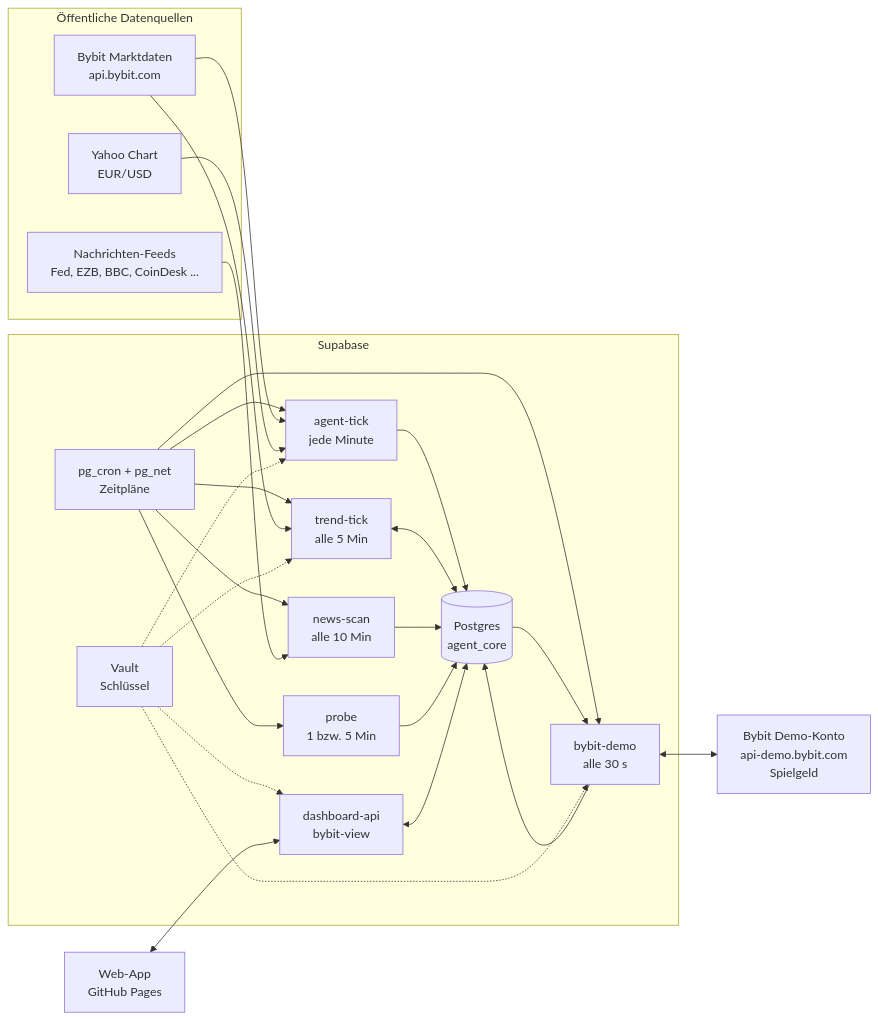
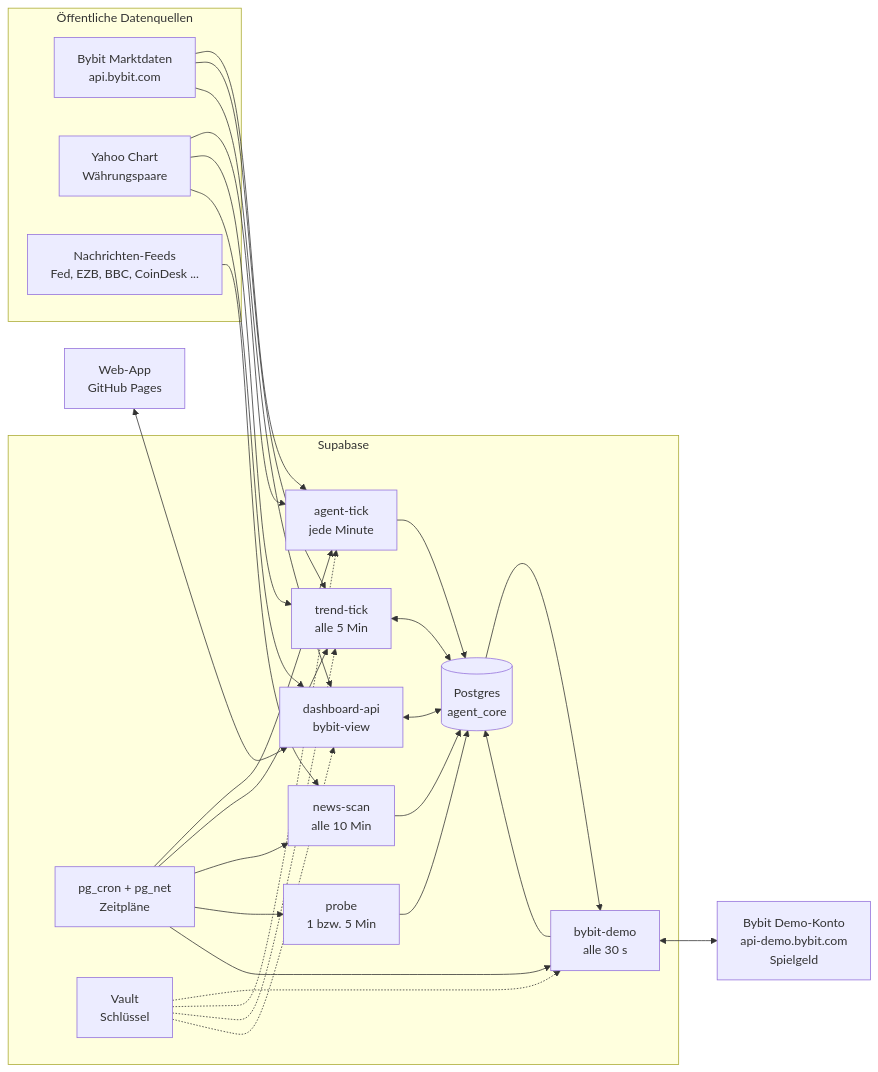
One commit to russki741/Ki-Projekte changed the diagram in trading-agent/docs/ARCHITEKTUR.md. Above: the diagram before and after it, drawn with Mermaid. The commit also changed other lines of this file and 16 other files, not shown here.

````diff
--- a/trading-agent/docs/ARCHITEKTUR.md
+++ b/trading-agent/docs/ARCHITEKTUR.md
@@ -5,36 +5,37 @@
 ```mermaid
 flowchart LR
   subgraph Quellen["Öffentliche Datenquellen"]
     BP["Bybit Marktdaten<br/>api.bybit.com"]
-    YH["Yahoo Chart<br/>EUR/USD"]
+    YH["Yahoo Chart<br/>Währungspaare"]
     RSS["Nachrichten-Feeds<br/>Fed, EZB, BBC, CoinDesk ..."]
   end
   subgraph Supabase
     CRON["pg_cron + pg_net<br/>Zeitpläne"]
     AT["agent-tick<br/>jede Minute"]
     TT["trend-tick<br/>alle 5 Min"]
     NS["news-scan<br/>alle 10 Min"]
     PR["probe<br/>1 bzw. 5 Min"]
     BD["bybit-demo<br/>alle 30 s"]
     API["dashboard-api<br/>bybit-view"]
     DB[("Postgres<br/>agent_core")]
     V["Vault<br/>Schlüssel"]
   end
   DEMO["Bybit Demo-Konto<br/>api-demo.bybit.com<br/>Spielgeld"]
   APP["Web-App<br/>GitHub Pages"]
 
   CRON --> AT & TT & NS & PR & BD
   BP --> AT & TT
-  YH --> AT
+  YH --> AT & TT & API
+  BP --> API
   RSS --> NS
   AT --> DB
   TT <--> DB
   NS --> DB
   PR --> DB
   DB --> BD
   BD <--> DEMO
   BD --> DB
   V -.-> BD & AT & TT & API
   APP <--> API
   API <--> DB
 ```
````
